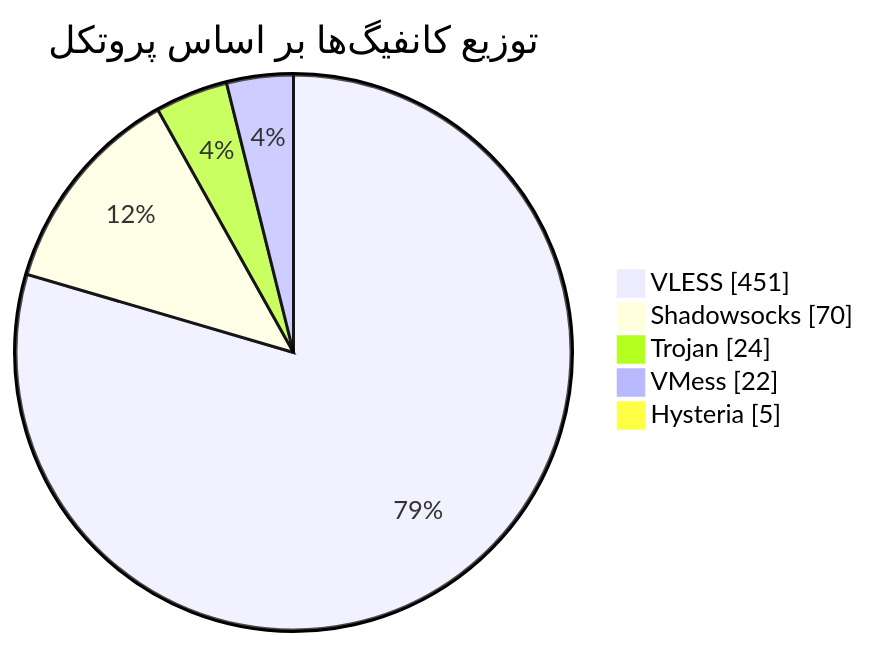
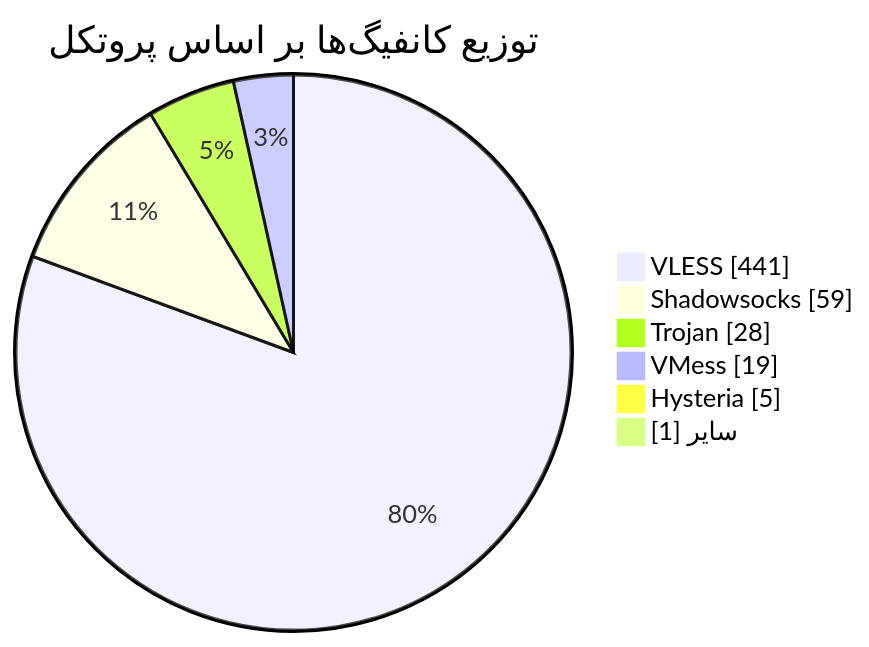
Before and after one commit to Arian-Alijani/Somthing: the diagram in README.md, drawn with Mermaid. The commit also changed other lines of this file and 85 other files, not shown here.

````diff
--- a/README.md
+++ b/README.md
@@ -47,9 +48,10 @@
 ```mermaid
 pie showData
     title توزیع کانفیگ‌ها بر اساس پروتکل
-    "VLESS" : 451
-    "Shadowsocks" : 70
-    "Trojan" : 24
-    "VMess" : 22
+    "VLESS" : 441
+    "Shadowsocks" : 59
+    "Trojan" : 28
+    "VMess" : 19
     "Hysteria" : 5
+    "سایر" : 1
 ```
````
